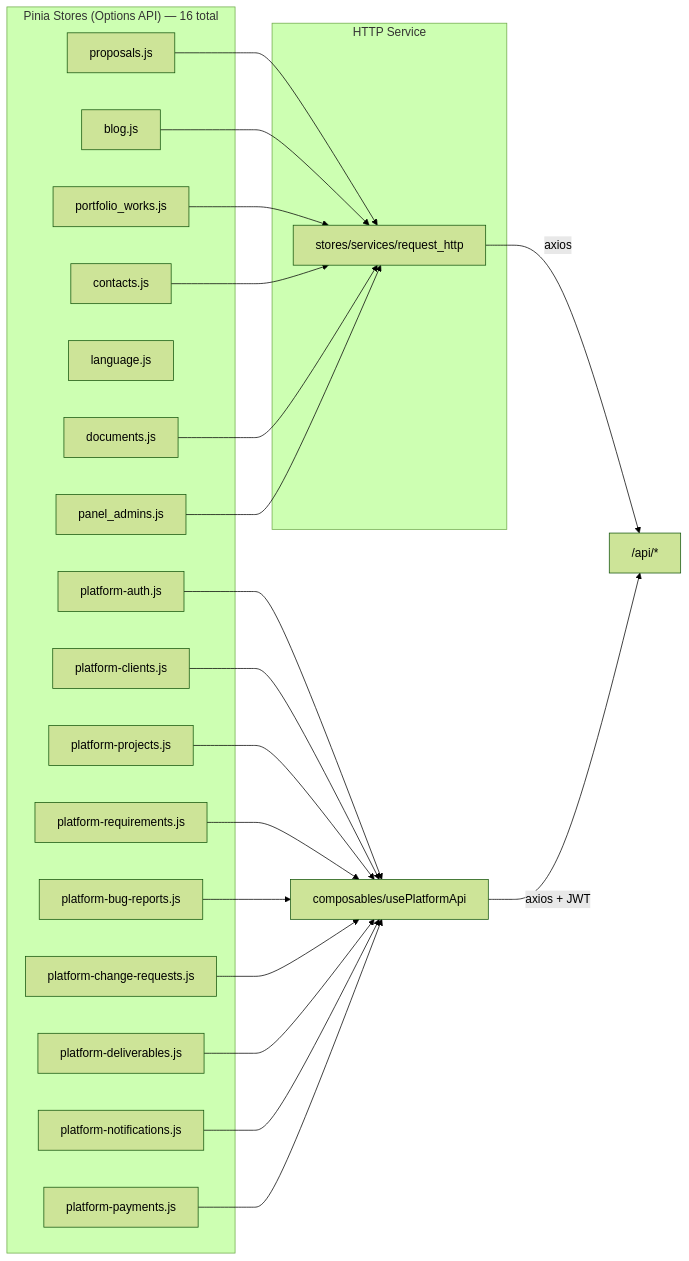
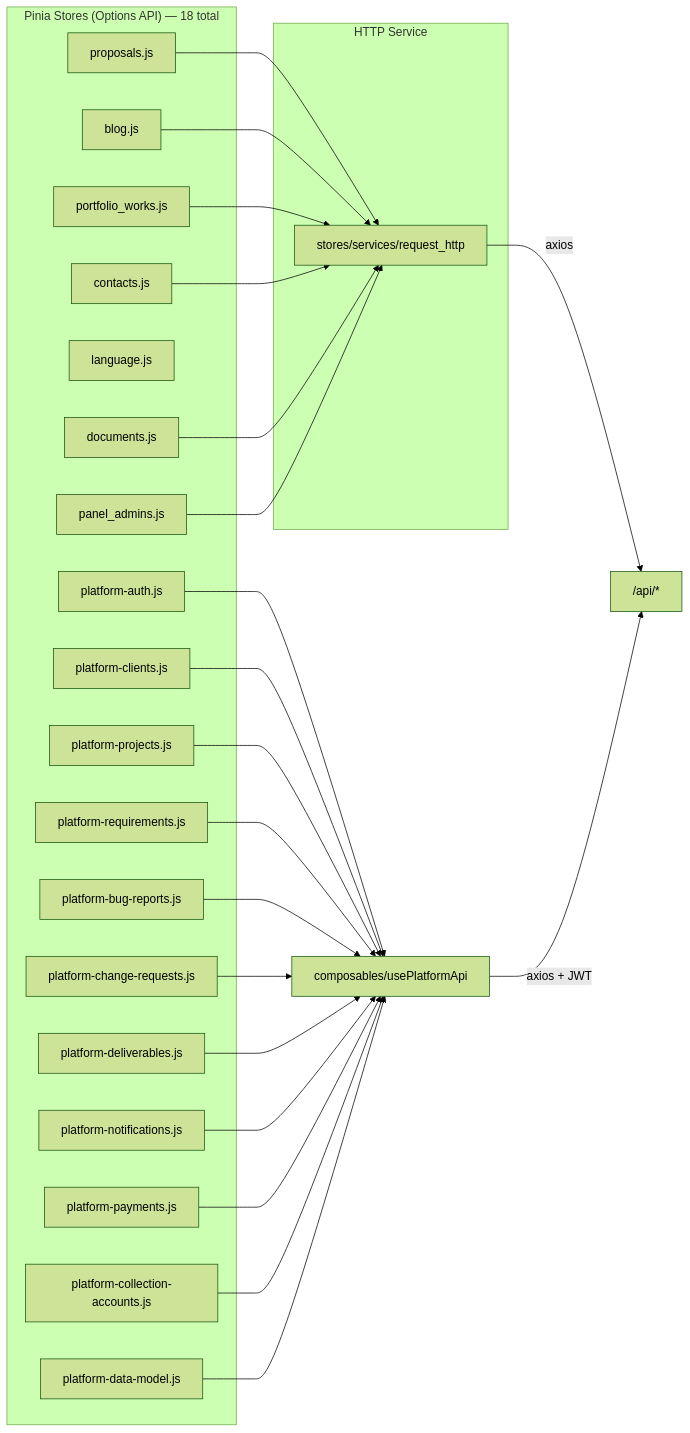
The seventh of 10 diagrams in docs/methodology/architecture.md (gustavop-dev/projectapp), drawn with Mermaid (forest theme) before and after one commit. The commit also changed other lines of this file and 112 other files, not shown here.

````diff
--- a/docs/methodology/architecture.md
+++ b/docs/methodology/architecture.md
@@ -277,44 +301,48 @@
 ```mermaid
 flowchart LR
-    subgraph Stores["Pinia Stores (Options API) — 16 total"]
+    subgraph Stores["Pinia Stores (Options API) — 18 total"]
         ProposalStore["proposals.js"]
         BlogStore["blog.js"]
         PortfolioStore["portfolio_works.js"]
         ContactStore["contacts.js"]
         LanguageStore["language.js"]
         DocumentStore["documents.js"]
         PanelAdmins["panel_admins.js"]
         PlatformAuth["platform-auth.js"]
         PlatformClients["platform-clients.js"]
         PlatformProjects["platform-projects.js"]
         PlatformRequirements["platform-requirements.js"]
         PlatformBugReports["platform-bug-reports.js"]
         PlatformChangeRequests["platform-change-requests.js"]
         PlatformDeliverables["platform-deliverables.js"]
         PlatformNotifications["platform-notifications.js"]
         PlatformPayments["platform-payments.js"]
+        PlatformCollectionAccounts["platform-collection-accounts.js"]
+        PlatformDataModel["platform-data-model.js"]
     end
 
     subgraph HTTP["HTTP Service"]
         RequestHTTP["stores/services/request_http"]
     end
 
     ProposalStore --> RequestHTTP
     BlogStore --> RequestHTTP
     PortfolioStore --> RequestHTTP
     ContactStore --> RequestHTTP
     DocumentStore --> RequestHTTP
     PanelAdmins --> RequestHTTP
     PlatformAuth --> PlatformHTTP["composables/usePlatformApi"]
     PlatformClients --> PlatformHTTP
     PlatformProjects --> PlatformHTTP
     PlatformRequirements --> PlatformHTTP
     PlatformBugReports --> PlatformHTTP
     PlatformChangeRequests --> PlatformHTTP
     PlatformDeliverables --> PlatformHTTP
     PlatformNotifications --> PlatformHTTP
     PlatformPayments --> PlatformHTTP
+    PlatformCollectionAccounts --> PlatformHTTP
+    PlatformDataModel --> PlatformHTTP
 
     RequestHTTP -->|axios| API["/api/*"]
     PlatformHTTP -->|axios + JWT| API
 ```
````
